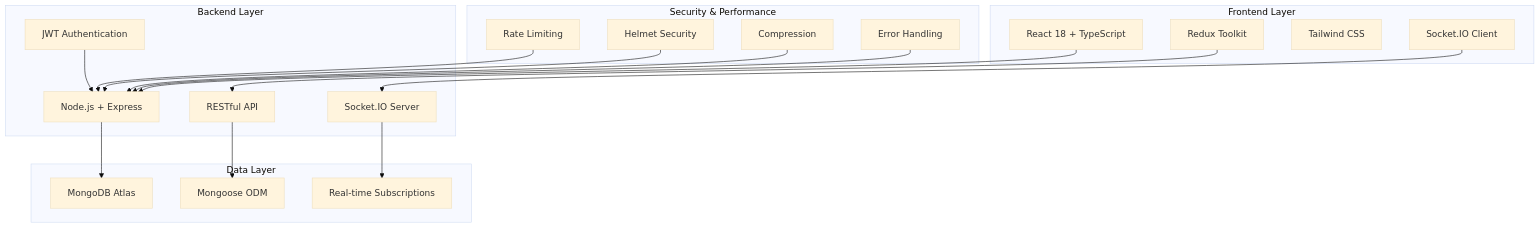
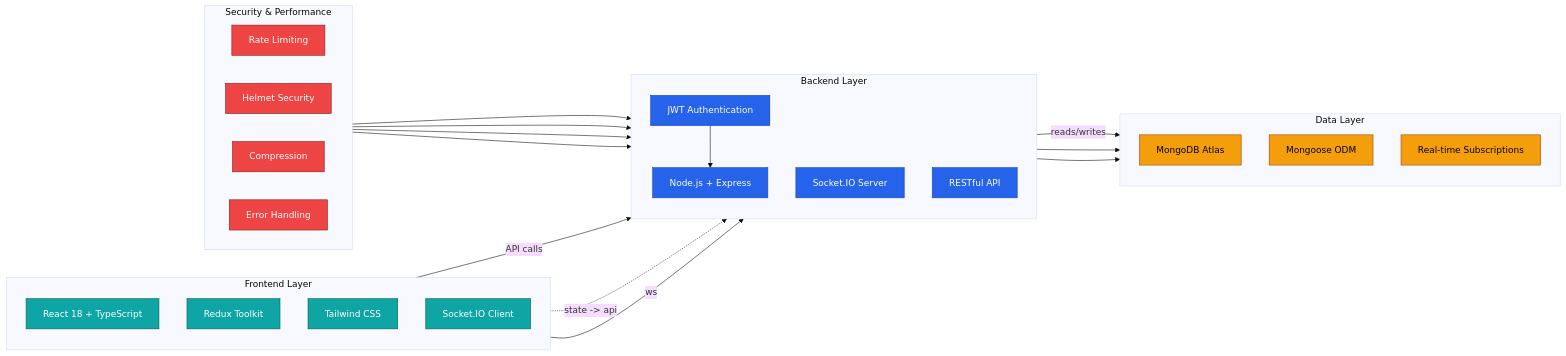
The diagram in README.md (daxp472/StockMaster_Odoo), drawn with Mermaid (base theme) before and after one commit. The commit also changed other lines of this file, not shown here.

Commit message:
minor Information Bug fixed

````diff
--- a/README.md
+++ b/README.md
@@ -123,41 +123,63 @@
 ```mermaid
-graph TB
-    subgraph "Frontend Layer"
-        A[React 18 + TypeScript]
-        B[Redux Toolkit]
-        C[Tailwind CSS]
-        D[Socket.IO Client]
-    end
-    
-    subgraph "Backend Layer"
-        E[Node.js + Express]
-        F[Socket.IO Server]
-        G[RESTful API]
-        H[JWT Authentication]
-    end
-    
-    subgraph "Data Layer"
-        I[MongoDB Atlas]
-        J[Mongoose ODM]
-        K[Real-time Subscriptions]
-    end
-    
-    subgraph "Security & Performance"
-        L[Rate Limiting]
-        M[Helmet Security]
-        N[Compression]
-        O[Error Handling]
-    end
-    
-    A --> E
-    B --> G
-    D --> F
-    E --> I
-    F --> K
-    G --> J
-    H --> E
-    L --> E
-    M --> E
-    N --> E
-    O --> E
+flowchart LR
+  %% Layout LR for a wide, presentation-friendly diagram
+
+  subgraph FRONTEND["Frontend Layer"]
+    direction TB
+    A[React 18 + TypeScript]
+    B[Redux Toolkit]
+    C[Tailwind CSS]
+    D[Socket.IO Client]
+  end
+
+  subgraph BACKEND["Backend Layer"]
+    direction TB
+    E[Node.js + Express]
+    F[Socket.IO Server]
+    G[RESTful API]
+    H[JWT Authentication]
+  end
+
+  subgraph DATA["Data Layer"]
+    direction TB
+    I[MongoDB Atlas]
+    J[Mongoose ODM]
+    K[Real-time Subscriptions]
+  end
+
+  subgraph SEC["Security & Performance"]
+    direction LR
+    L[Rate Limiting]
+    M[Helmet Security]
+    N[Compression]
+    O[Error Handling]
+  end
+
+  %% Primary flow (left -> right)
+  A -->|API calls| E
+  B -.->|state -> api| G
+  D -->|ws| F
+
+  %% Backend -> data
+  E -->|reads/writes| I
+  G --> J
+  F --> K
+
+  %% Cross-cutting concerns
+  H --> E
+  L --> E
+  M --> E
+  N --> E
+  O --> E
+
+  %% Styling (GitHub-friendly)
+  classDef frontend fill:#0ea5a4,stroke:#065f46,color:white,stroke-width:1px;
+  classDef backend fill:#2563eb,stroke:#1e40af,color:white,stroke-width:1px;
+  classDef data fill:#f59e0b,stroke:#92400e,color:black,stroke-width:1px;
+  classDef security fill:#ef4444,stroke:#7f1d1d,color:white,stroke-width:1px;
+
+  class A,B,C,D frontend;
+  class E,F,G,H backend;
+  class I,J,K data;
+  class L,M,N,O security;
 ```
````
